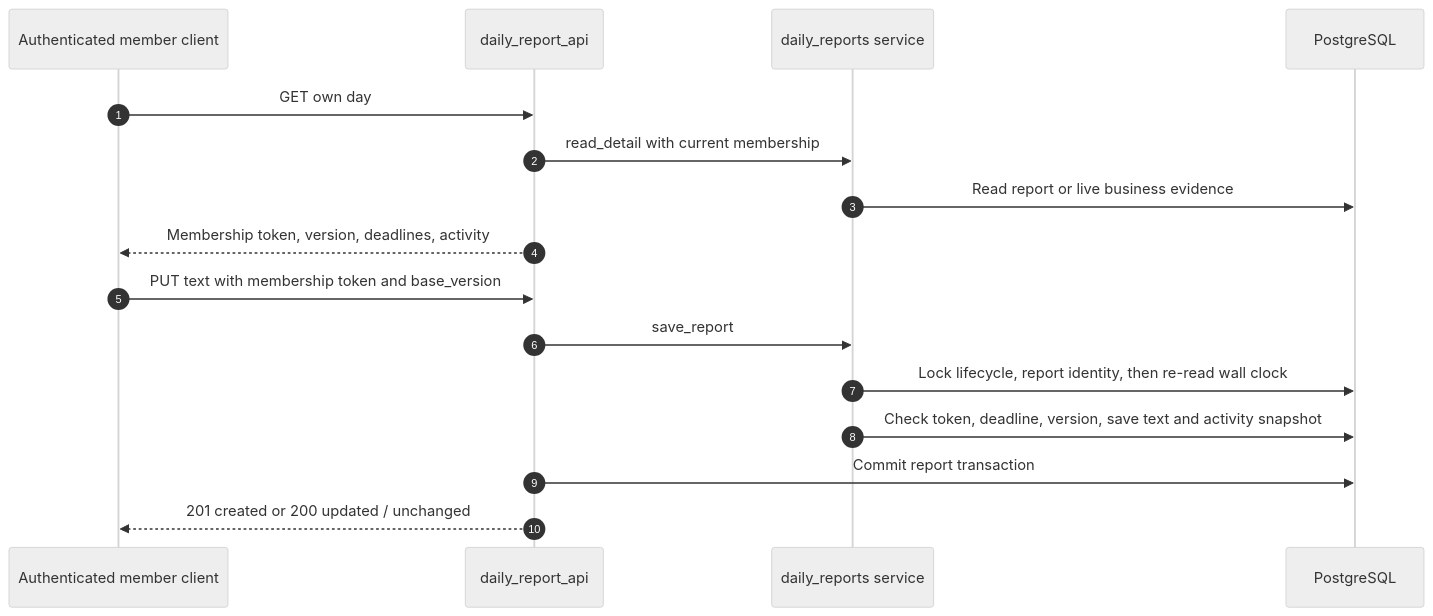
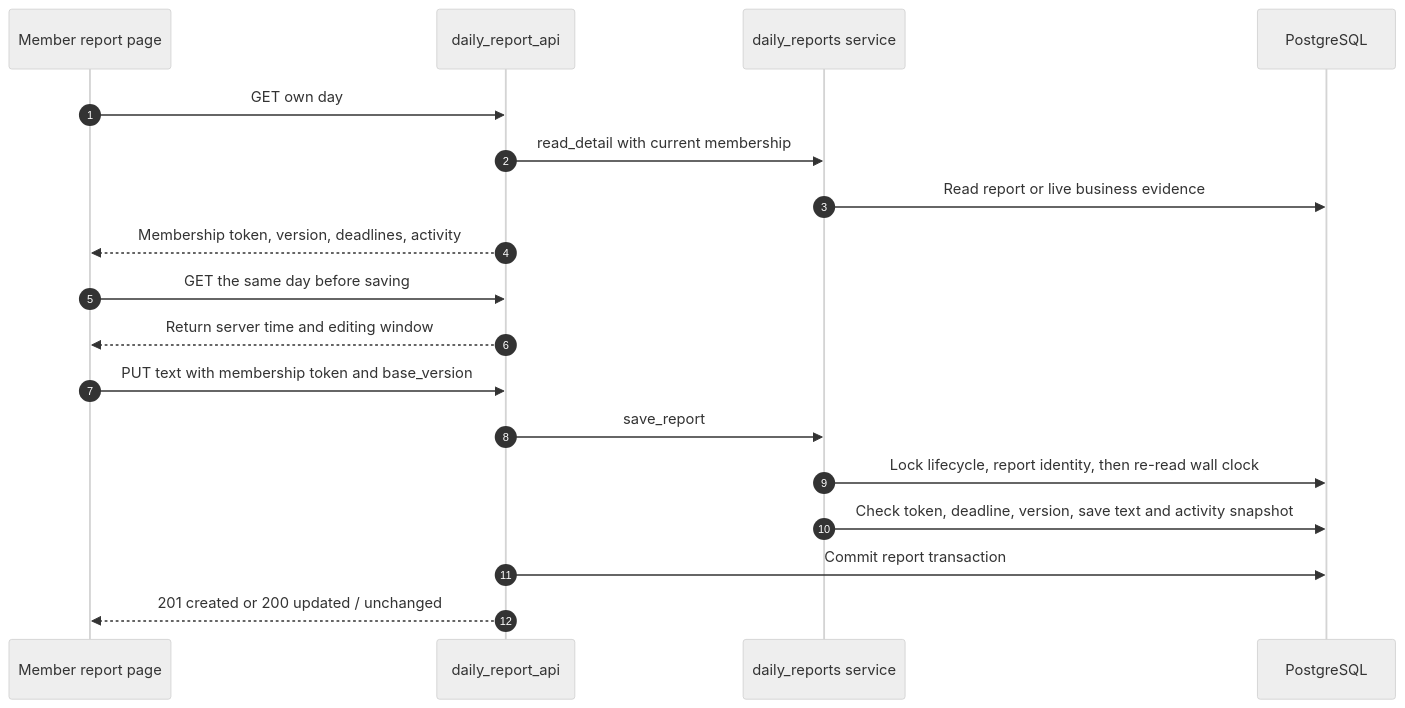
The diagram in reference/flows/daily-report-flow.md (Orientation-CD/docs), drawn with Mermaid (neutral theme) before and after one commit. The commit also changed other lines of this file and 189 other files, not shown here.

````diff
--- a/reference/flows/daily-report-flow.md
+++ b/reference/flows/daily-report-flow.md
@@ -13,18 +17,20 @@
 ```mermaid
 sequenceDiagram
   autonumber
-  participant M as Authenticated member client
+  participant M as Member report page
   participant API as daily_report_api
   participant S as daily_reports service
   participant DB as PostgreSQL
   M->>API: GET own day
   API->>S: read_detail with current membership
   S->>DB: Read report or live business evidence
   API-->>M: Membership token, version, deadlines, activity
+  M->>API: GET the same day before saving
+  API-->>M: Return server time and editing window
   M->>API: PUT text with membership token and base_version
   API->>S: save_report
   S->>DB: Lock lifecycle, report identity, then re-read wall clock
   S->>DB: Check token, deadline, version, save text and activity snapshot
   API->>DB: Commit report transaction
   API-->>M: 201 created or 200 updated / unchanged
 ```
````
